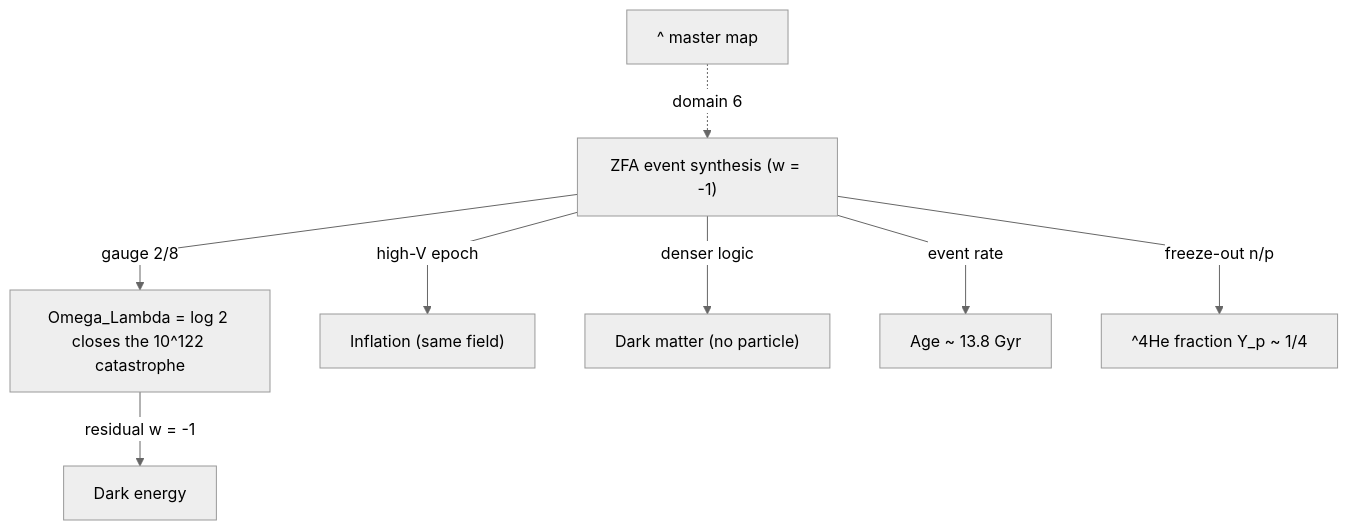
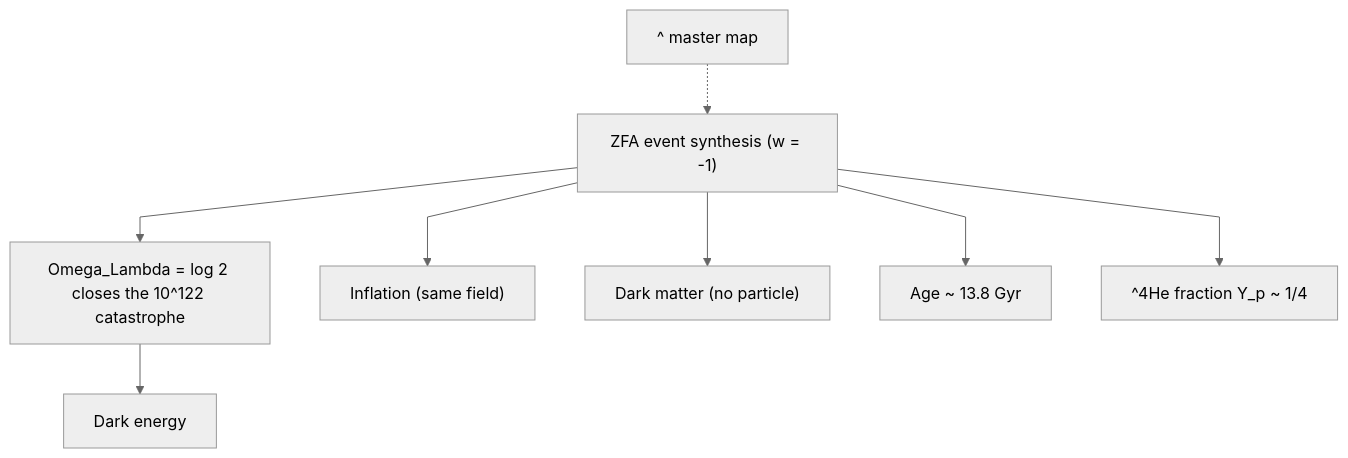
One commit to jimscarver/quantum-logical-framework changed the seventh of 11 diagrams in FlowChart.md. Above: the diagram before and after it, drawn with Mermaid. The commit also changed other lines of this file, not shown here.

First line of the commit message:
FlowChart.md: remove edge labels, move connectors to text legends (definitive GitHub render fix)

````diff
--- a/FlowChart.md
+++ b/FlowChart.md
@@ -142,11 +154,11 @@
 ```mermaid
 %%{init: {"theme":"neutral", "flowchart": {"curve": "linear"}}}%%
 flowchart TD
-  H6["^ master map"] -.->|"domain 6"| EV["ZFA event synthesis (w = -1)"]
-  EV -->|"gauge 2/8"| OL["Omega_Lambda = log 2 closes the 10^122 catastrophe"]
-  EV -->|"high-V epoch"| IN["Inflation (same field)"]
-  EV -->|"denser logic"| DM["Dark matter (no particle)"]
-  OL -->|"residual w = -1"| DE["Dark energy"]
-  EV -->|"event rate"| AGE["Age ~ 13.8 Gyr"]
-  EV -->|"freeze-out n/p"| NS["^4He fraction Y_p ~ 1/4"]
+  H6["^ master map"] -.-> EV["ZFA event synthesis (w = -1)"]
+  EV --> OL["Omega_Lambda = log 2 closes the 10^122 catastrophe"]
+  EV --> IN["Inflation (same field)"]
+  EV --> DM["Dark matter (no particle)"]
+  OL --> DE["Dark energy"]
+  EV --> AGE["Age ~ 13.8 Gyr"]
+  EV --> NS["^4He fraction Y_p ~ 1/4"]
 ```
````
